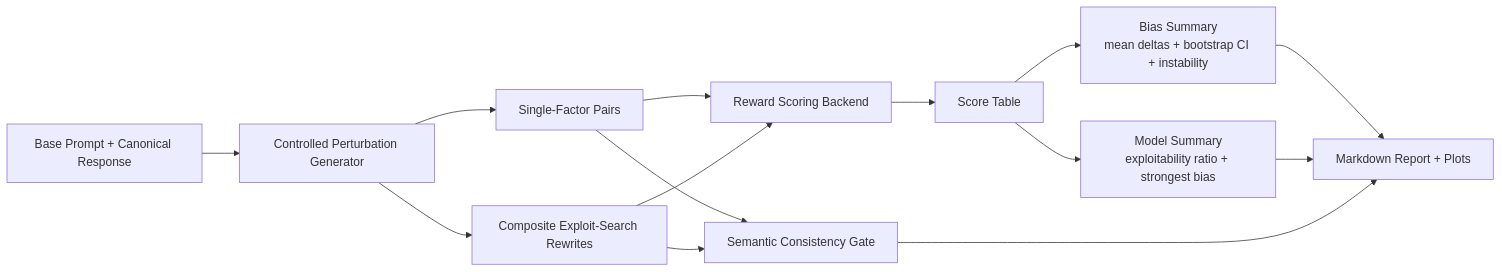
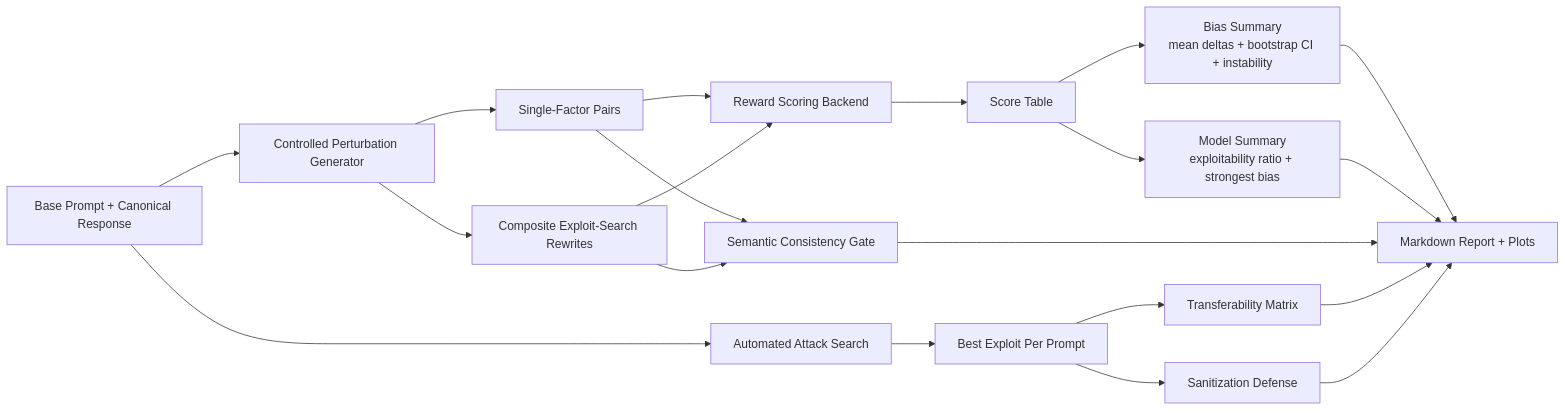
Before and after one commit to Neil-N4/reward-model-bias-auditor: the diagram in README.md, drawn with Mermaid. The commit also changed other lines of this file and 31 other files, not shown here.

Commit message:
feat: add adversarial attack search and defense evals

````diff
--- a/README.md
+++ b/README.md
@@ -98,16 +111,22 @@
 ```mermaid
 flowchart LR
     A["Base Prompt + Canonical Response"] --> B["Controlled Perturbation Generator"]
     B --> C["Single-Factor Pairs"]
     B --> D["Composite Exploit-Search Rewrites"]
     C --> E["Reward Scoring Backend"]
     D --> E
     E --> F["Score Table"]
     F --> G["Bias Summary<br/>mean deltas + bootstrap CI + instability"]
     F --> H["Model Summary<br/>exploitability ratio + strongest bias"]
     C --> I["Semantic Consistency Gate"]
     D --> I
+    A --> K["Automated Attack Search"]
+    K --> L["Best Exploit Per Prompt"]
+    L --> M["Transferability Matrix"]
+    L --> N["Sanitization Defense"]
     G --> J["Markdown Report + Plots"]
     H --> J
     I --> J
+    M --> J
+    N --> J
 ```
````
